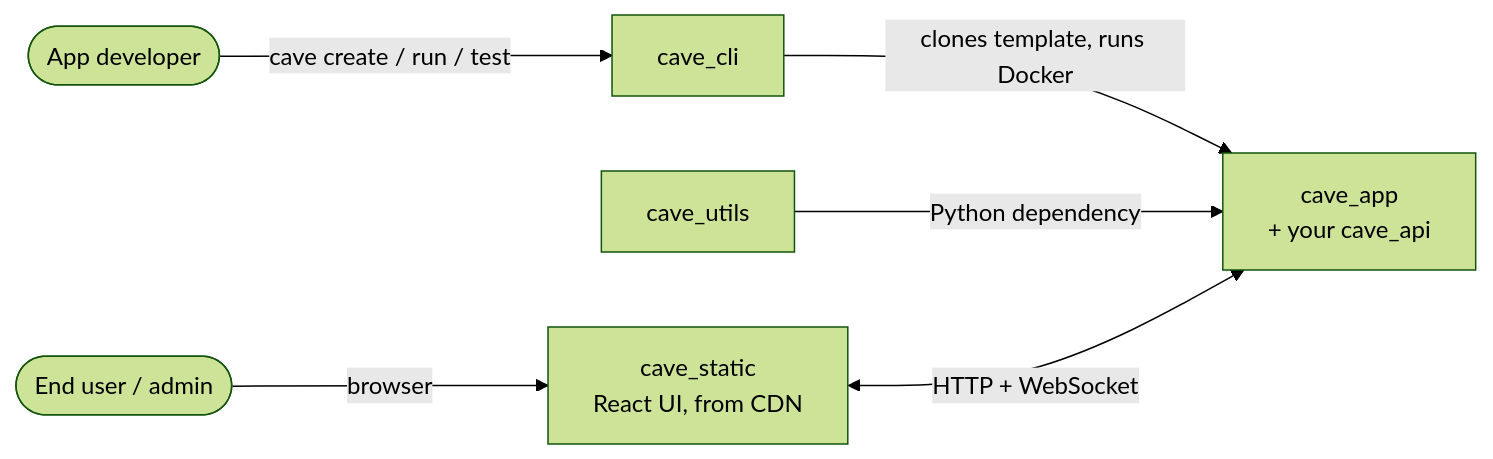
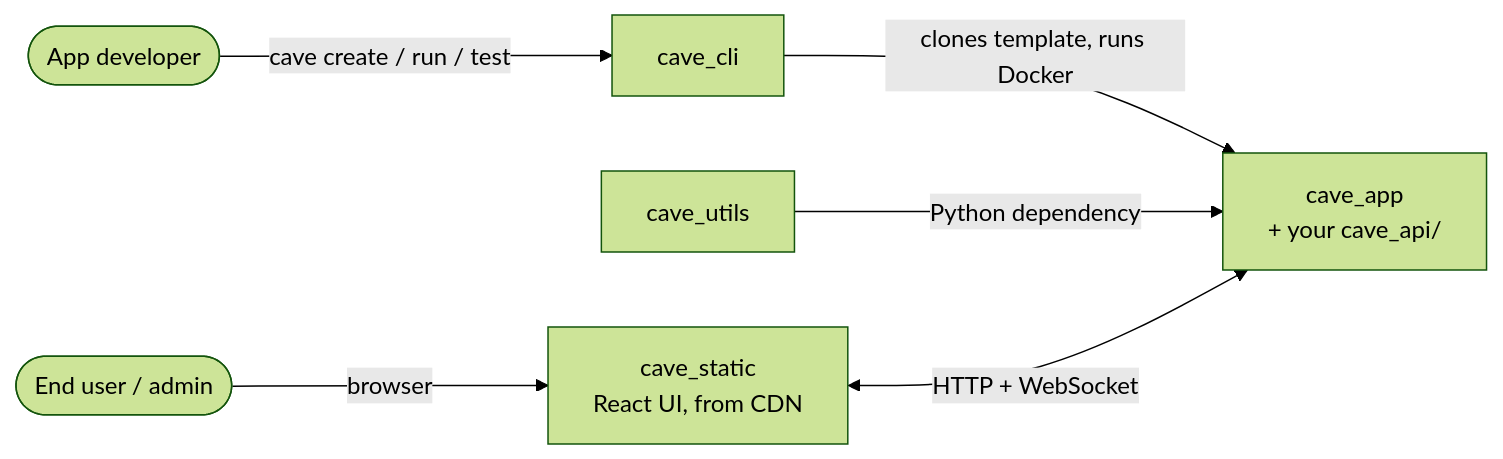
One commit to MIT-CAVE/cave_app changed the first of 3 diagrams in docs/ARCHITECTURE.md. Above: the diagram before and after it, drawn with Mermaid (forest theme). The commit also changed other lines of this file, not shown here.

First line of the commit message:
Normalize architecture terminology: repository, service, component

````diff
--- a/docs/ARCHITECTURE.md
+++ b/docs/ARCHITECTURE.md
@@ -33,8 +39,8 @@
 ```mermaid
 flowchart LR
     dev([App developer]) -->|cave create / run / test| cli[cave_cli]
-    cli -->|clones template, runs Docker| app[cave_app<br/>+ your cave_api]
+    cli -->|clones template, runs Docker| app[cave_app<br/>+ your cave_api/]
     utils[cave_utils] -->|Python dependency| app
     user([End user / admin]) -->|browser| static[cave_static<br/>React UI, from CDN]
     static <-->|HTTP + WebSocket| app
 ```
````
